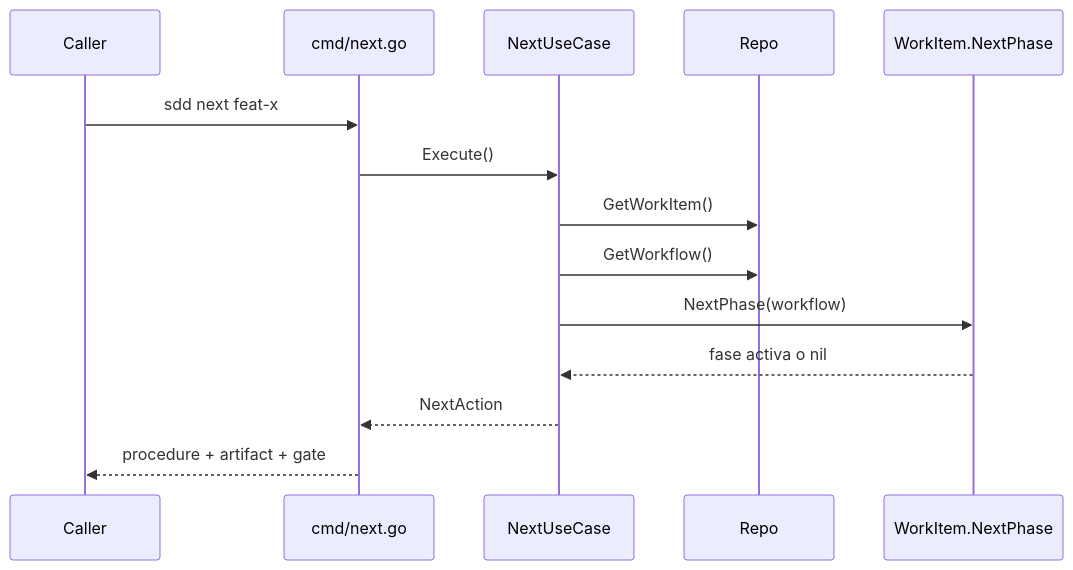
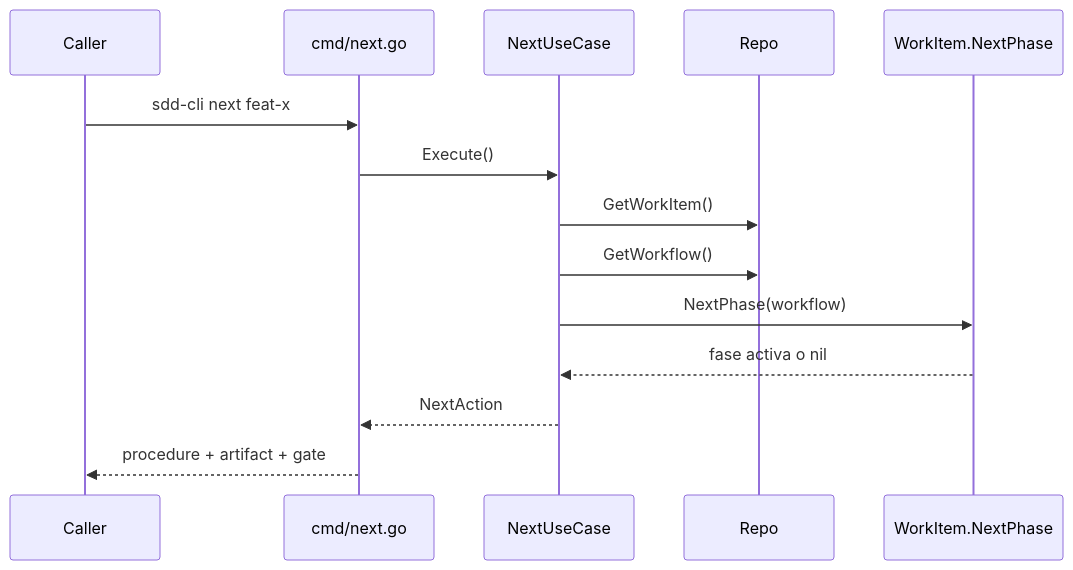
Diagram 12 of 15 in docs/9-guia-tecnica-cli.md (matiasezequieldimuro/ssd-workflow), drawn with Mermaid before and after one commit. The commit also changed other lines of this file, not shown here.

````diff
--- a/docs/9-guia-tecnica-cli.md
+++ b/docs/9-guia-tecnica-cli.md
@@ -1193,17 +1193,17 @@
 ```mermaid
 sequenceDiagram
     participant Caller
     participant Cmd as cmd/next.go
     participant UC as NextUseCase
     participant Repo
     participant Domain as WorkItem.NextPhase
 
-    Caller->>Cmd: sdd next feat-x
+    Caller->>Cmd: sdd-cli next feat-x
     Cmd->>UC: Execute()
     UC->>Repo: GetWorkItem()
     UC->>Repo: GetWorkflow()
     UC->>Domain: NextPhase(workflow)
     Domain-->>UC: fase activa o nil
     UC-->>Cmd: NextAction
     Cmd-->>Caller: procedure + artifact + gate
 ```
````
